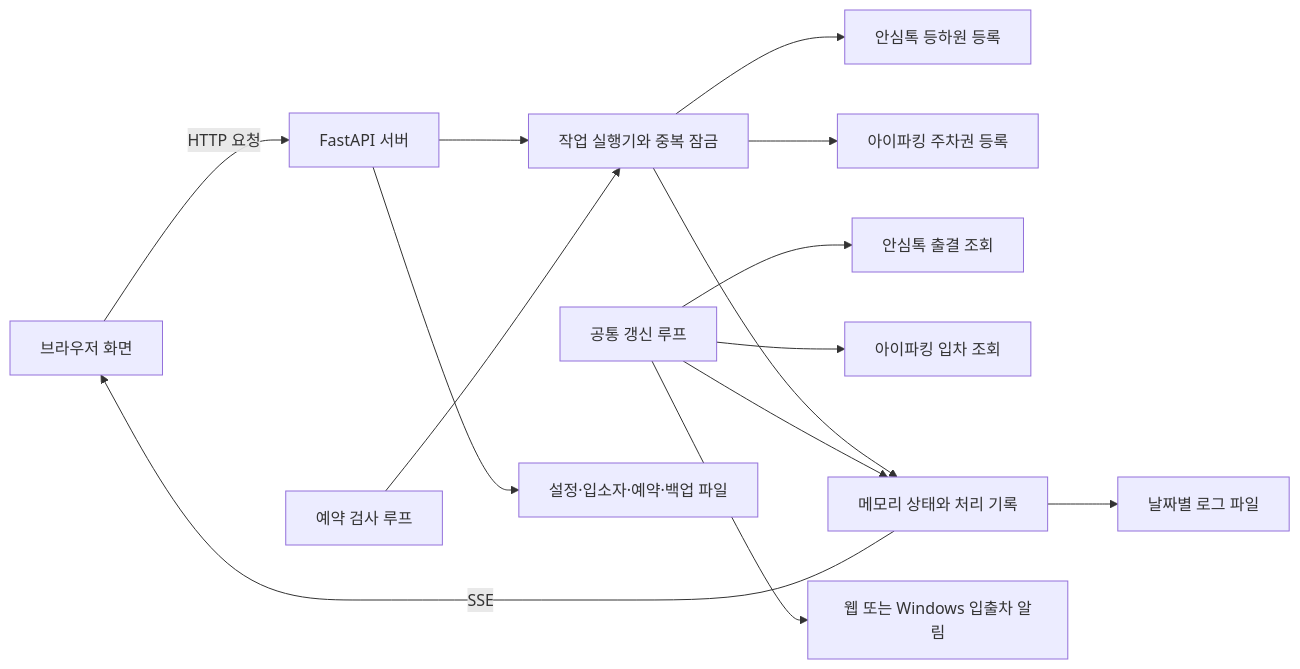
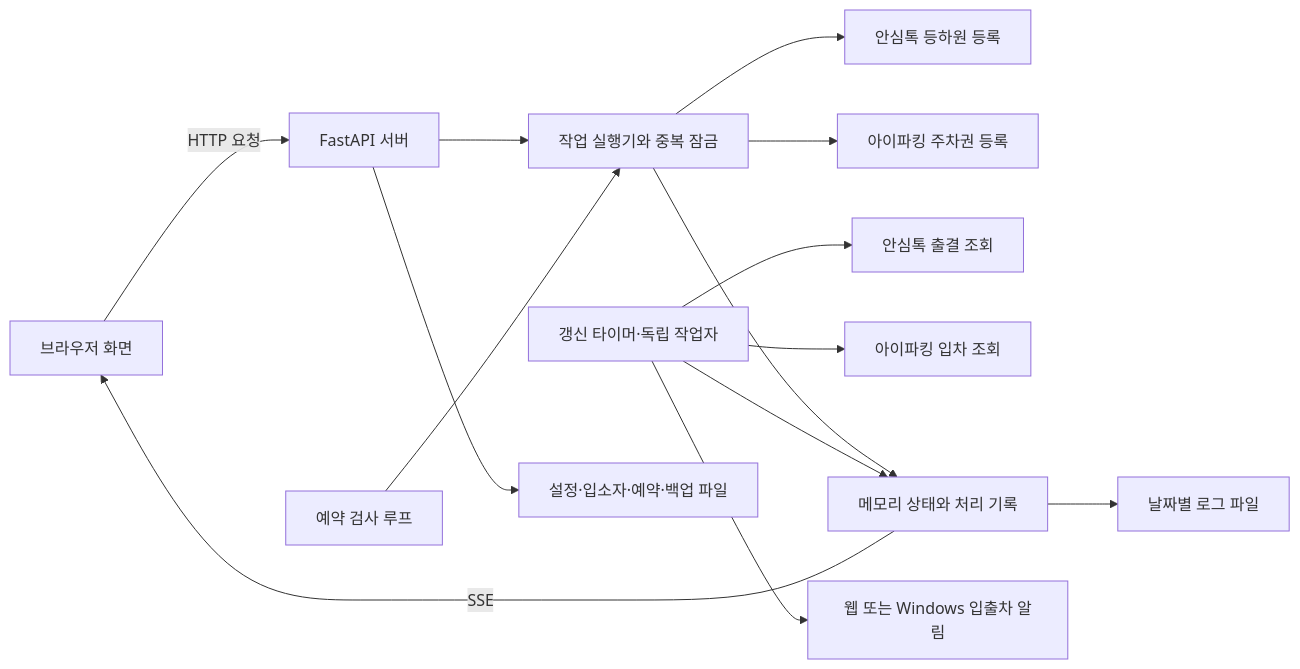
Before and after one commit to RoofSkY/auto-ansimtalk: the diagram in spec.md, drawn with Mermaid. The commit also changed other lines of this file and 14 other files, not shown here.

````diff
--- a/spec.md
+++ b/spec.md
@@ -43,16 +43,16 @@
 ```mermaid
 flowchart LR
     UI[브라우저 화면] -->|HTTP 요청| API[FastAPI 서버]
     API --> ACTION[작업 실행기와 중복 잠금]
     SCHEDULE[예약 검사 루프] --> ACTION
     ACTION --> ANSIM[안심톡 등하원 등록]
     ACTION --> PARK[아이파킹 주차권 등록]
-    REFRESH[공통 갱신 루프] --> STATUS[안심톡 출결 조회]
+    REFRESH[갱신 타이머·독립 작업자] --> STATUS[안심톡 출결 조회]
     REFRESH --> CARS[아이파킹 입차 조회]
     ACTION --> STATE[메모리 상태와 처리 기록]
     REFRESH --> STATE
     STATE -->|SSE| UI
     API --> FILES[설정·입소자·예약·백업 파일]
     STATE --> LOGS[날짜별 로그 파일]
     REFRESH --> NOTICE[웹 또는 Windows 입출차 알림]
 ```
````
